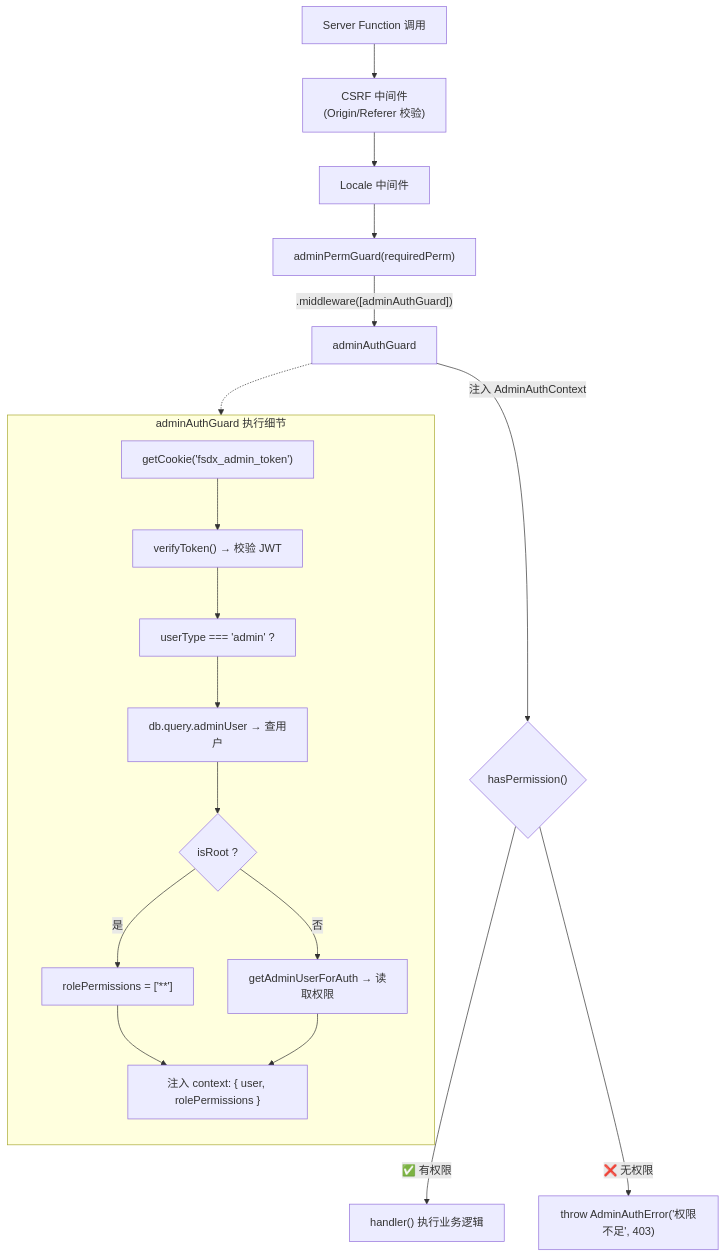
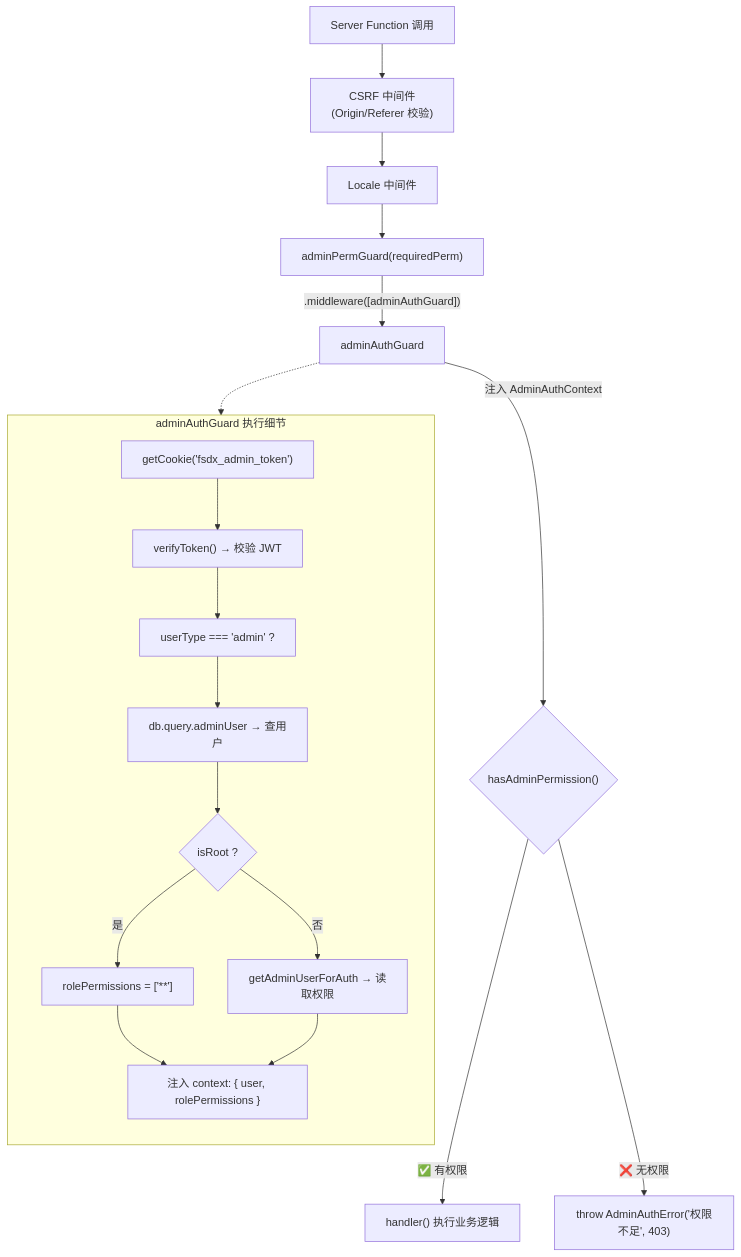
The seventh of 10 diagrams in docs/auth-permission-model.md (easyx-dev/fsdx), drawn with Mermaid before and after one commit. The commit also changed other lines of this file and 42 other files, not shown here.

````diff
--- a/docs/auth-permission-model.md
+++ b/docs/auth-permission-model.md
@@ -341,35 +343,35 @@
 ```mermaid
 flowchart TD
     SF["Server Function 调用"]
     CSRF["CSRF 中间件<br/>(Origin/Referer 校验)"]
     Locale["Locale 中间件"]
     PermGuard["adminPermGuard(requiredPerm)"]
     AuthGuard["adminAuthGuard"]
     Handler["handler() 执行业务逻辑"]
 
     SF --> CSRF
     CSRF --> Locale
     Locale --> PermGuard
     PermGuard -->|".middleware([adminAuthGuard])"| AuthGuard
-    AuthGuard -->|"注入 AdminAuthContext"| PermCheck{"hasPermission()"}
+    AuthGuard -->|"注入 AdminAuthContext"| PermCheck{"hasAdminPermission()"}
     PermCheck -->|"✅ 有权限"| Handler
     PermCheck -->|"❌ 无权限"| Error403["throw AdminAuthError('权限不足', 403)"]
 
     subgraph AuthGuardDetails["adminAuthGuard 执行细节"]
         direction TB
         A1["getCookie('fsdx_admin_token')"]
         A2["verifyToken() → 校验 JWT"]
         A3["userType === 'admin' ?"]
         A4["db.query.adminUser → 查用户"]
         A5{"isRoot ?"}
         A6["rolePermissions = ['**']"]
         A7["getAdminUserForAuth → 读取权限"]
         A8["注入 context: { user, rolePermissions }"]
 
         A1 --> A2 --> A3 --> A4 --> A5
         A5 -->|是| A6 --> A8
         A5 -->|否| A7 --> A8
     end
 
     AuthGuard -.-> AuthGuardDetails
 ```
````
